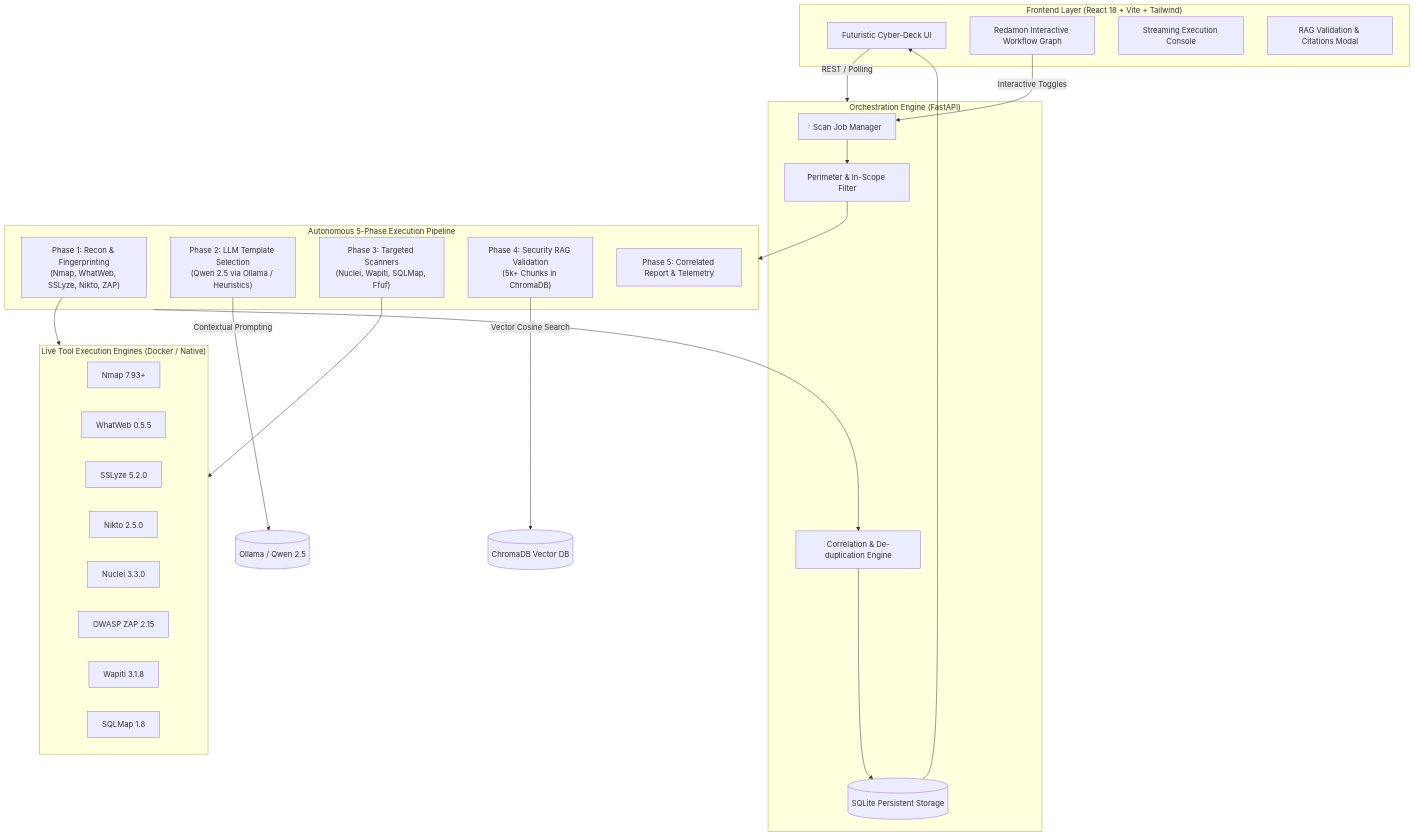
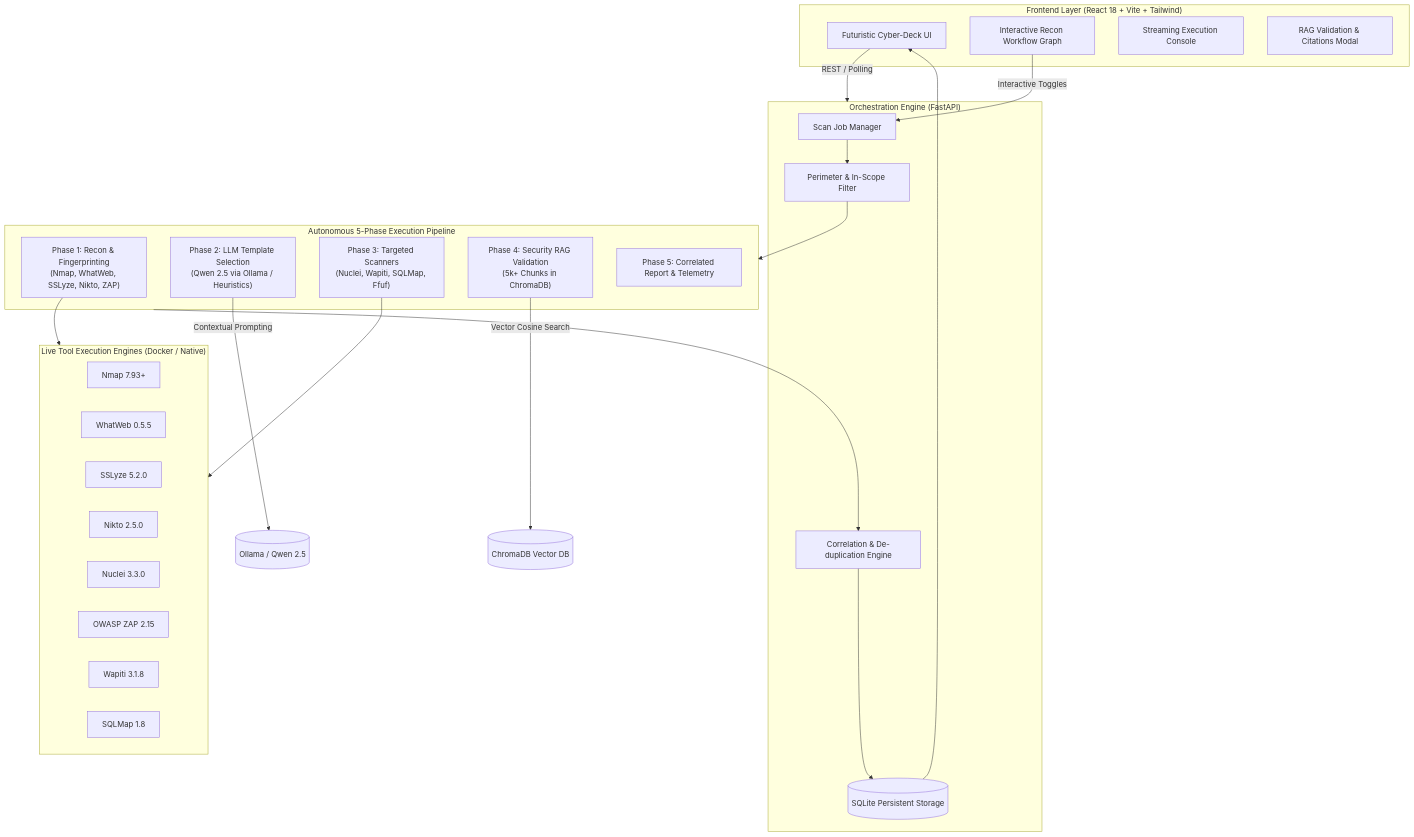
One commit to haridevp/ORVYN changed the diagram in docs/TECHNICAL_DETAILS.md. Above: the diagram before and after it, drawn with Mermaid. The commit also changed other lines of this file and 32 other files, not shown here.

````diff
--- a/docs/TECHNICAL_DETAILS.md
+++ b/docs/TECHNICAL_DETAILS.md
@@ -12,47 +12,47 @@
 ```mermaid
 flowchart TD
     subgraph Frontend["Frontend Layer (React 18 + Vite + Tailwind)"]
         UI[Futuristic Cyber-Deck UI]
-        WorkflowView[Redamon Interactive Workflow Graph]
+        WorkflowView[Interactive Recon Workflow Graph]
         LiveTerminal[Streaming Execution Console]
         RAGModal[RAG Validation & Citations Modal]
     end
 
     subgraph API["Orchestration Engine (FastAPI)"]
         JM[Scan Job Manager]
         ScopeFilter[Perimeter & In-Scope Filter]
         CorrEngine[Correlation & De-duplication Engine]
         Storage[(SQLite Persistent Storage)]
     end
 
     subgraph Pipeline["Autonomous 5-Phase Execution Pipeline"]
         Phase1["Phase 1: Recon & Fingerprinting\n(Nmap, WhatWeb, SSLyze, Nikto, ZAP)"]
         Phase2["Phase 2: LLM Template Selection\n(Qwen 2.5 via Ollama / Heuristics)"]
         Phase3["Phase 3: Targeted Scanners\n(Nuclei, Wapiti, SQLMap, Ffuf)"]
         Phase4["Phase 4: Security RAG Validation\n(5k+ Chunks in ChromaDB)"]
         Phase5["Phase 5: Correlated Report & Telemetry"]
     end
 
     subgraph Toolchain["Live Tool Execution Engines (Docker / Native)"]
         T_Nmap["Nmap 7.93+"]
         T_WhatWeb["WhatWeb 0.5.5"]
         T_SSLyze["SSLyze 5.2.0"]
         T_Nikto["Nikto 2.5.0"]
         T_Nuclei["Nuclei 3.3.0"]
         T_ZAP["OWASP ZAP 2.15"]
         T_Wapiti["Wapiti 3.1.8"]
         T_SQLMap["SQLMap 1.8"]
     end
 
     UI -->|REST / Polling| API
     WorkflowView -->|Interactive Toggles| JM
     JM --> ScopeFilter
     ScopeFilter --> Pipeline
     Phase1 --> Toolchain
     Phase2 -->|Contextual Prompting| Ollama[(Ollama / Qwen 2.5)]
     Phase3 --> Toolchain
     Phase4 -->|Vector Cosine Search| Chroma[(ChromaDB Vector DB)]
     Pipeline --> CorrEngine
     CorrEngine --> Storage
     Storage --> UI
 ```
````
